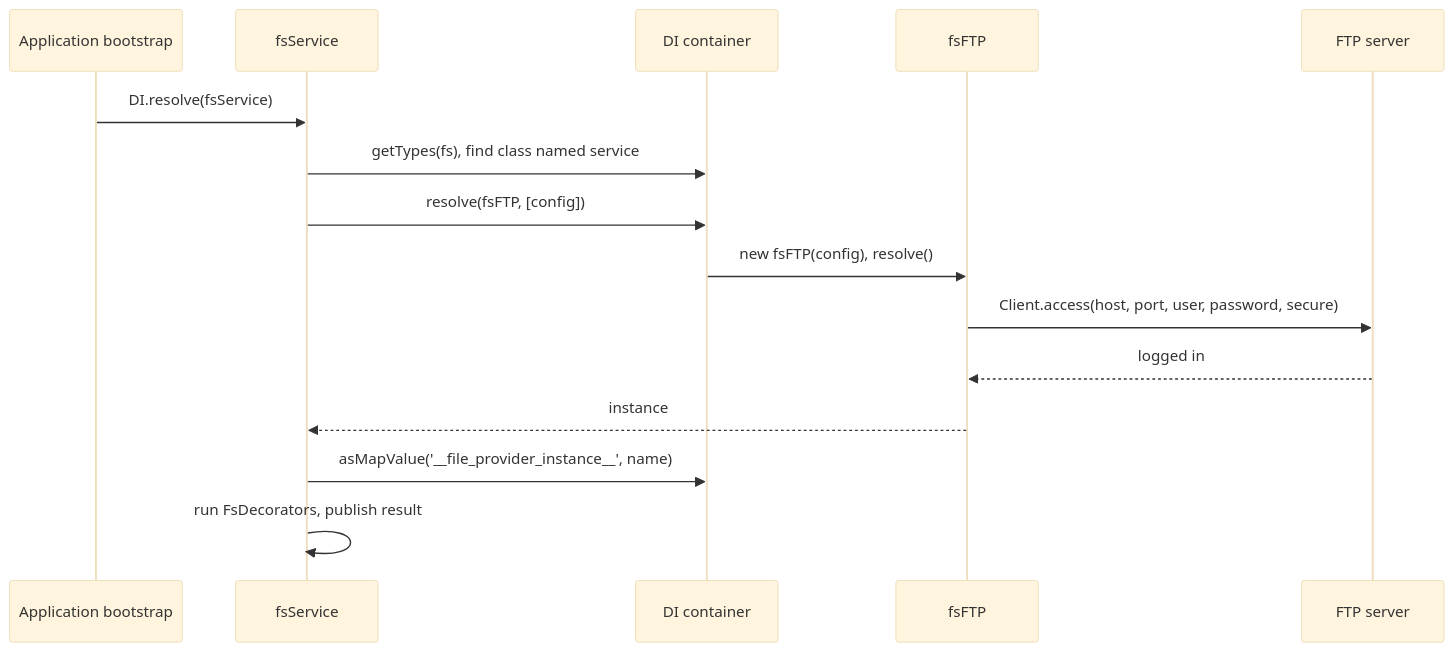
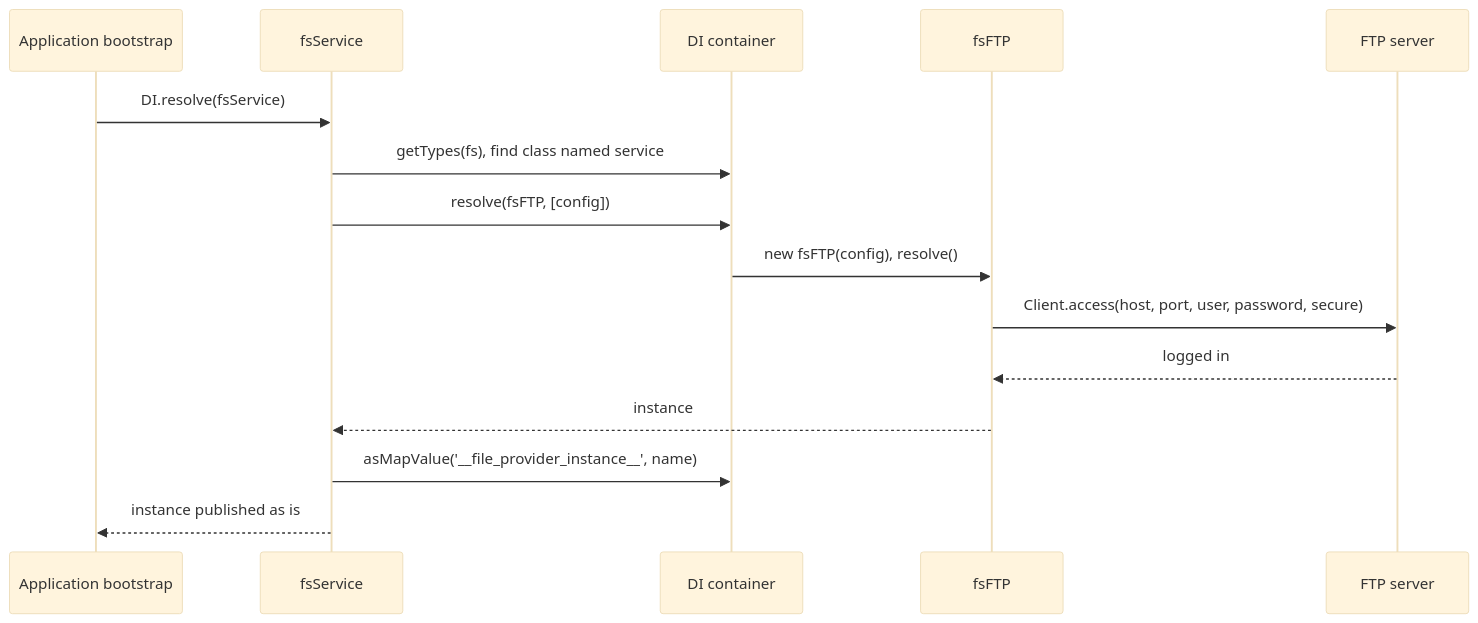
Before and after one commit to spinajs/main: the diagram in docs/fs-ftp/01-ftp-provider.md, drawn with Mermaid (base theme). The commit also changed other lines of this file and 14 other files, not shown here.

````diff
--- a/docs/fs-ftp/01-ftp-provider.md
+++ b/docs/fs-ftp/01-ftp-provider.md
@@ -18,17 +18,17 @@
 ```mermaid
 sequenceDiagram
   participant App as Application bootstrap
   participant Svc as fsService
   participant DI as DI container
   participant Ftp as fsFTP
   participant Srv as FTP server
   App->>Svc: DI.resolve(fsService)
   Svc->>DI: getTypes(fs), find class named service
   Svc->>DI: resolve(fsFTP, [config])
   DI->>Ftp: new fsFTP(config), resolve()
   Ftp->>Srv: Client.access(host, port, user, password, secure)
   Srv-->>Ftp: logged in
   Ftp-->>Svc: instance
   Svc->>DI: asMapValue('__file_provider_instance__', name)
-  Svc->>Svc: run FsDecorators, publish result
+  Svc-->>App: instance published as is
 ```
````
